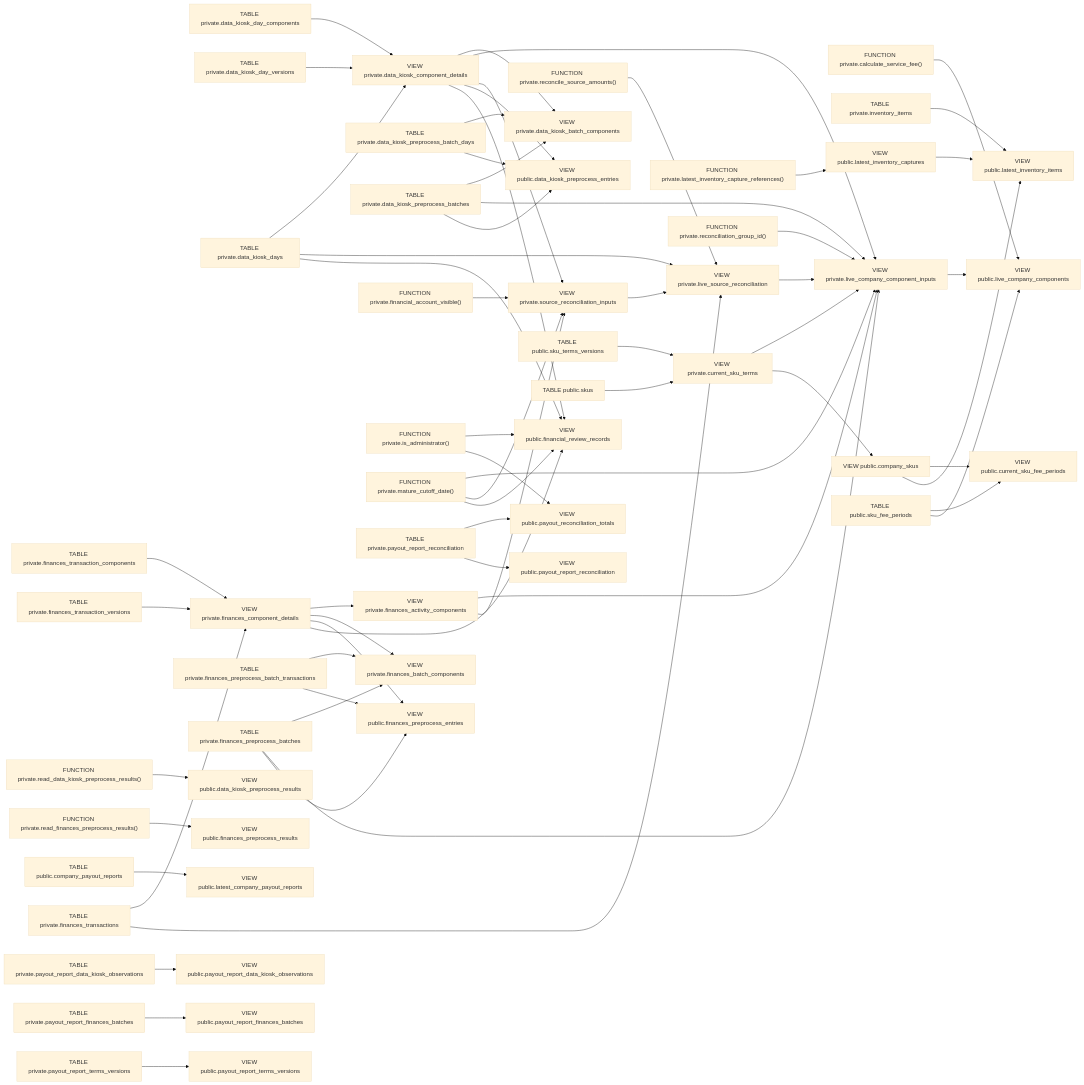
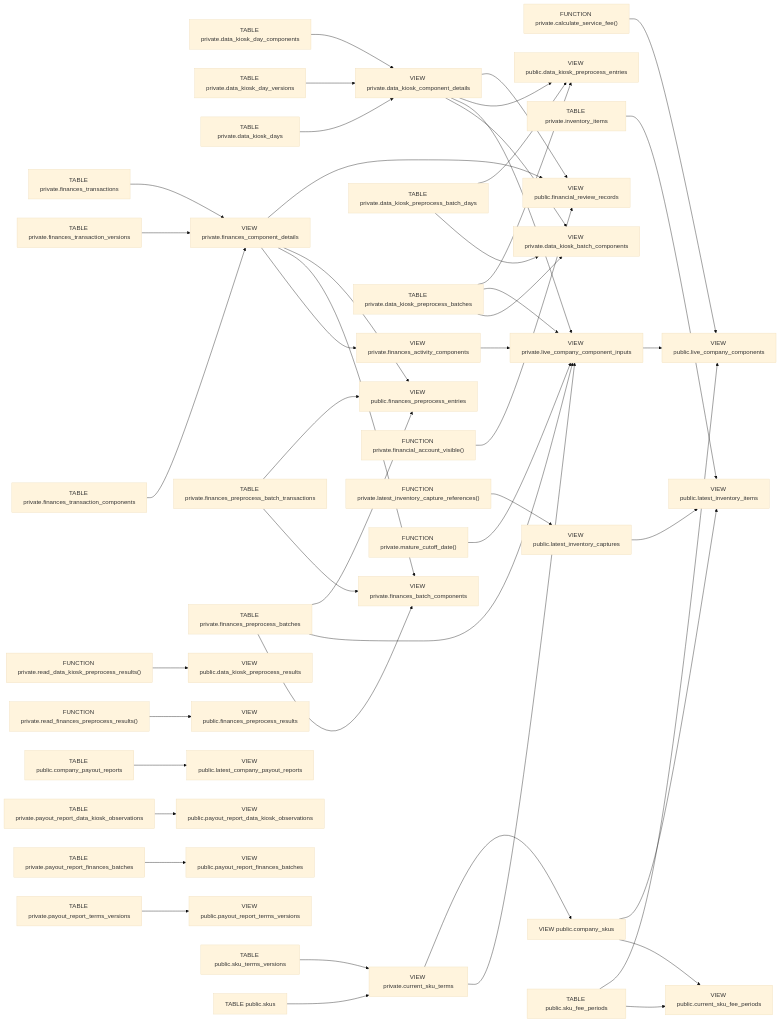
Before and after one commit to qwercxzsda/A-SelBox: the diagram in docs/figures/database/11-views.mmd, drawn with Mermaid (base theme). The commit also changed 121 other files, not shown here.

First line of the commit message:
refactor: move reconciliation to frontend and simplify payout diagnostics

```diff
--- a/docs/figures/database/11-views.mmd
+++ b/docs/figures/database/11-views.mmd
@@ -1,115 +1,92 @@
 flowchart LR
     private_calculate_service_fee__["FUNCTION private.calculate_service_fee()"]
     private_current_sku_terms["VIEW private.current_sku_terms"]
     private_data_kiosk_batch_components["VIEW private.data_kiosk_batch_components"]
     private_data_kiosk_component_details["VIEW private.data_kiosk_component_details"]
     private_data_kiosk_day_components["TABLE private.data_kiosk_day_components"]
     private_data_kiosk_day_versions["TABLE private.data_kiosk_day_versions"]
     private_data_kiosk_days["TABLE private.data_kiosk_days"]
     private_data_kiosk_preprocess_batch_days["TABLE private.data_kiosk_preprocess_batch_days"]
     private_data_kiosk_preprocess_batches["TABLE private.data_kiosk_preprocess_batches"]
     private_finances_activity_components["VIEW private.finances_activity_components"]
     private_finances_batch_components["VIEW private.finances_batch_components"]
     private_finances_component_details["VIEW private.finances_component_details"]
     private_finances_preprocess_batch_transactions["TABLE private.finances_preprocess_batch_transactions"]
     private_finances_preprocess_batches["TABLE private.finances_preprocess_batches"]
     private_finances_transaction_components["TABLE private.finances_transaction_components"]
     private_finances_transaction_versions["TABLE private.finances_transaction_versions"]
     private_finances_transactions["TABLE private.finances_transactions"]
     private_financial_account_visible__["FUNCTION private.financial_account_visible()"]
     private_inventory_items["TABLE private.inventory_items"]
-    private_is_administrator__["FUNCTION private.is_administrator()"]
     private_latest_inventory_capture_references__["FUNCTION private.latest_inventory_capture_references()"]
     private_live_company_component_inputs["VIEW private.live_company_component_inputs"]
-    private_live_source_reconciliation["VIEW private.live_source_reconciliation"]
     private_mature_cutoff_date__["FUNCTION private.mature_cutoff_date()"]
     private_payout_report_data_kiosk_observations["TABLE private.payout_report_data_kiosk_observations"]
     private_payout_report_finances_batches["TABLE private.payout_report_finances_batches"]
-    private_payout_report_reconciliation["TABLE private.payout_report_reconciliation"]
     private_payout_report_terms_versions["TABLE private.payout_report_terms_versions"]
     private_read_data_kiosk_preprocess_results__["FUNCTION private.read_data_kiosk_preprocess_results()"]
     private_read_finances_preprocess_results__["FUNCTION private.read_finances_preprocess_results()"]
-    private_reconcile_source_amounts__["FUNCTION private.reconcile_source_amounts()"]
-    private_reconciliation_group_id__["FUNCTION private.reconciliation_group_id()"]
-    private_source_reconciliation_inputs["VIEW private.source_reconciliation_inputs"]
     public_company_payout_reports["TABLE public.company_payout_reports"]
     public_company_skus["VIEW public.company_skus"]
     public_current_sku_fee_periods["VIEW public.current_sku_fee_periods"]
     public_data_kiosk_preprocess_entries["VIEW public.data_kiosk_preprocess_entries"]
     public_data_kiosk_preprocess_results["VIEW public.data_kiosk_preprocess_results"]
     public_finances_preprocess_entries["VIEW public.finances_preprocess_entries"]
     public_finances_preprocess_results["VIEW public.finances_preprocess_results"]
     public_financial_review_records["VIEW public.financial_review_records"]
     public_latest_company_payout_reports["VIEW public.latest_company_payout_reports"]
     public_latest_inventory_captures["VIEW public.latest_inventory_captures"]
     public_latest_inventory_items["VIEW public.latest_inventory_items"]
     public_live_company_components["VIEW public.live_company_components"]
-    public_payout_reconciliation_totals["VIEW public.payout_reconciliation_totals"]
     public_payout_report_data_kiosk_observations["VIEW public.payout_report_data_kiosk_observations"]
     public_payout_report_finances_batches["VIEW public.payout_report_finances_batches"]
-    public_payout_report_reconciliation["VIEW public.payout_report_reconciliation"]
     public_payout_report_terms_versions["VIEW public.payout_report_terms_versions"]
     public_sku_fee_periods["TABLE public.sku_fee_periods"]
     public_sku_terms_versions["TABLE public.sku_terms_versions"]
     public_skus["TABLE public.skus"]
     public_sku_terms_versions --> private_current_sku_terms
     public_skus --> private_current_sku_terms
     private_data_kiosk_component_details --> private_data_kiosk_batch_components
     private_data_kiosk_preprocess_batch_days --> private_data_kiosk_batch_components
     private_data_kiosk_preprocess_batches --> private_data_kiosk_batch_components
     private_data_kiosk_day_components --> private_data_kiosk_component_details
     private_data_kiosk_day_versions --> private_data_kiosk_component_details
     private_data_kiosk_days --> private_data_kiosk_component_details
     private_finances_component_details --> private_finances_activity_components
     private_finances_component_details --> private_finances_batch_components
     private_finances_preprocess_batch_transactions --> private_finances_batch_components
     private_finances_preprocess_batches --> private_finances_batch_components
     private_finances_transaction_components --> private_finances_component_details
     private_finances_transaction_versions --> private_finances_component_details
     private_finances_transactions --> private_finances_component_details
     private_current_sku_terms --> private_live_company_component_inputs
     private_data_kiosk_component_details --> private_live_company_component_inputs
     private_data_kiosk_preprocess_batches --> private_live_company_component_inputs
     private_finances_activity_components --> private_live_company_component_inputs
     private_finances_preprocess_batches --> private_live_company_component_inputs
-    private_live_source_reconciliation --> private_live_company_component_inputs
     private_mature_cutoff_date__ --> private_live_company_component_inputs
-    private_reconciliation_group_id__ --> private_live_company_component_inputs
-    private_data_kiosk_days --> private_live_source_reconciliation
-    private_finances_transactions --> private_live_source_reconciliation
-    private_reconcile_source_amounts__ --> private_live_source_reconciliation
-    private_source_reconciliation_inputs --> private_live_source_reconciliation
-    private_data_kiosk_component_details --> private_source_reconciliation_inputs
-    private_finances_activity_components --> private_source_reconciliation_inputs
-    private_financial_account_visible__ --> private_source_reconciliation_inputs
-    private_mature_cutoff_date__ --> private_source_reconciliation_inputs
     private_current_sku_terms --> public_company_skus
     public_company_skus --> public_current_sku_fee_periods
     public_sku_fee_periods --> public_current_sku_fee_periods
     private_data_kiosk_component_details --> public_data_kiosk_preprocess_entries
     private_data_kiosk_preprocess_batch_days --> public_data_kiosk_preprocess_entries
     private_data_kiosk_preprocess_batches --> public_data_kiosk_preprocess_entries
     private_read_data_kiosk_preprocess_results__ --> public_data_kiosk_preprocess_results
     private_finances_component_details --> public_finances_preprocess_entries
     private_finances_preprocess_batch_transactions --> public_finances_preprocess_entries
     private_finances_preprocess_batches --> public_finances_preprocess_entries
     private_read_finances_preprocess_results__ --> public_finances_preprocess_results
     private_data_kiosk_component_details --> public_financial_review_records
-    private_data_kiosk_days --> public_financial_review_records
     private_finances_component_details --> public_financial_review_records
-    private_is_administrator__ --> public_financial_review_records
-    private_mature_cutoff_date__ --> public_financial_review_records
+    private_financial_account_visible__ --> public_financial_review_records
     public_company_payout_reports --> public_latest_company_payout_reports
     private_latest_inventory_capture_references__ --> public_latest_inventory_captures
     private_inventory_items --> public_latest_inventory_items
     public_company_skus --> public_latest_inventory_items
     public_latest_inventory_captures --> public_latest_inventory_items
     private_calculate_service_fee__ --> public_live_company_components
     private_live_company_component_inputs --> public_live_company_components
     public_sku_fee_periods --> public_live_company_components
-    private_is_administrator__ --> public_payout_reconciliation_totals
-    private_payout_report_reconciliation --> public_payout_reconciliation_totals
     private_payout_report_data_kiosk_observations --> public_payout_report_data_kiosk_observations
     private_payout_report_finances_batches --> public_payout_report_finances_batches
-    private_payout_report_reconciliation --> public_payout_report_reconciliation
     private_payout_report_terms_versions --> public_payout_report_terms_versions
```
